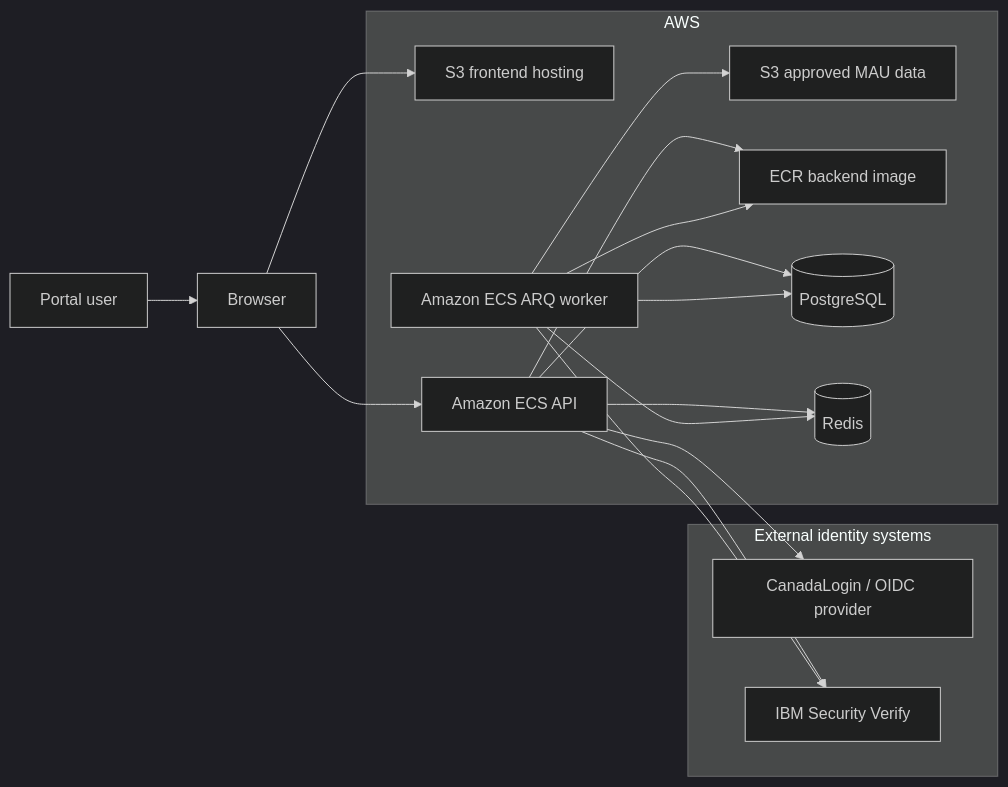
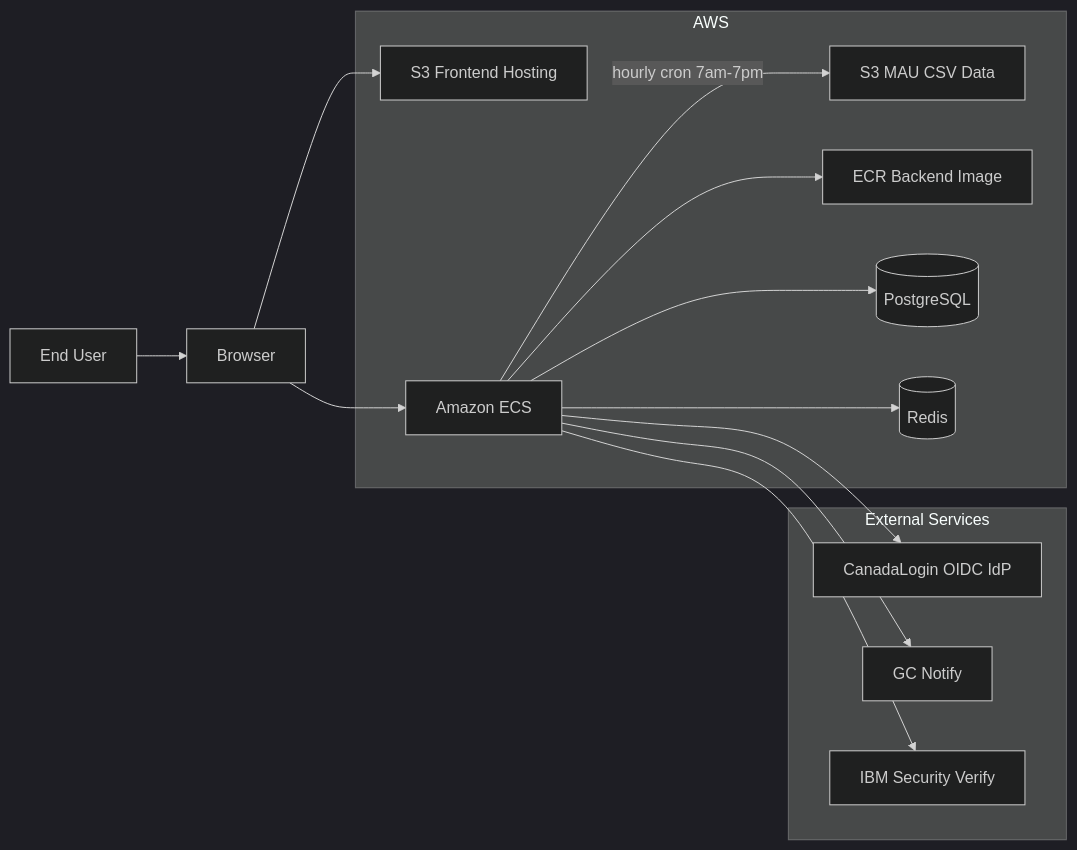
One commit to cds-snc/canadalogin-partner-portal changed the diagram in docs/plans/partner-portal-system-architecture.md. Above: the diagram before and after it, drawn with Mermaid (dark theme). The commit also changed other lines of this file and 1344 other files, not shown here.

````diff
--- a/docs/plans/partner-portal-system-architecture.md
+++ b/docs/plans/partner-portal-system-architecture.md
@@ -41,34 +23,31 @@
 ```mermaid
 flowchart LR
-    User[Portal user]
+    User[End User]
     Browser[Browser]
 
     subgraph AWS[AWS]
-        S3Frontend[S3 frontend hosting]
-        S3MAU[S3 approved MAU data]
-        ECR[ECR backend image]
-        API[Amazon ECS API]
-        Worker[Amazon ECS ARQ worker]
+        S3_FE[S3 Frontend Hosting]
+        S3_MAU[S3 MAU CSV Data]
+        ECR[ECR Backend Image]
+        Compute[Amazon ECS]
         PG[(PostgreSQL)]
         Redis[(Redis)]
     end
 
-    subgraph External[External identity systems]
-        OIDC[CanadaLogin / OIDC provider]
+    subgraph External[External Services]
+        OIDC[CanadaLogin OIDC IdP]
+        Notify[GC Notify]
         IBM[IBM Security Verify]
     end
 
     User --> Browser
-    Browser --> S3Frontend
-    Browser --> API
-    API --> ECR
-    Worker --> ECR
-    API --> PG
-    API --> Redis
-    Worker --> Redis
-    Worker --> PG
-    API --> OIDC
-    API --> IBM
-    Worker --> IBM
-    Worker --> S3MAU
+    Browser --> S3_FE
+    Browser --> Compute
+    Compute --> ECR
+    Compute --> PG
+    Compute --> Redis
+    Compute --> OIDC
+    Compute --> Notify
+    Compute --> IBM
+    Compute -->|"hourly cron 7am-7pm"| S3_MAU
 ```
````
